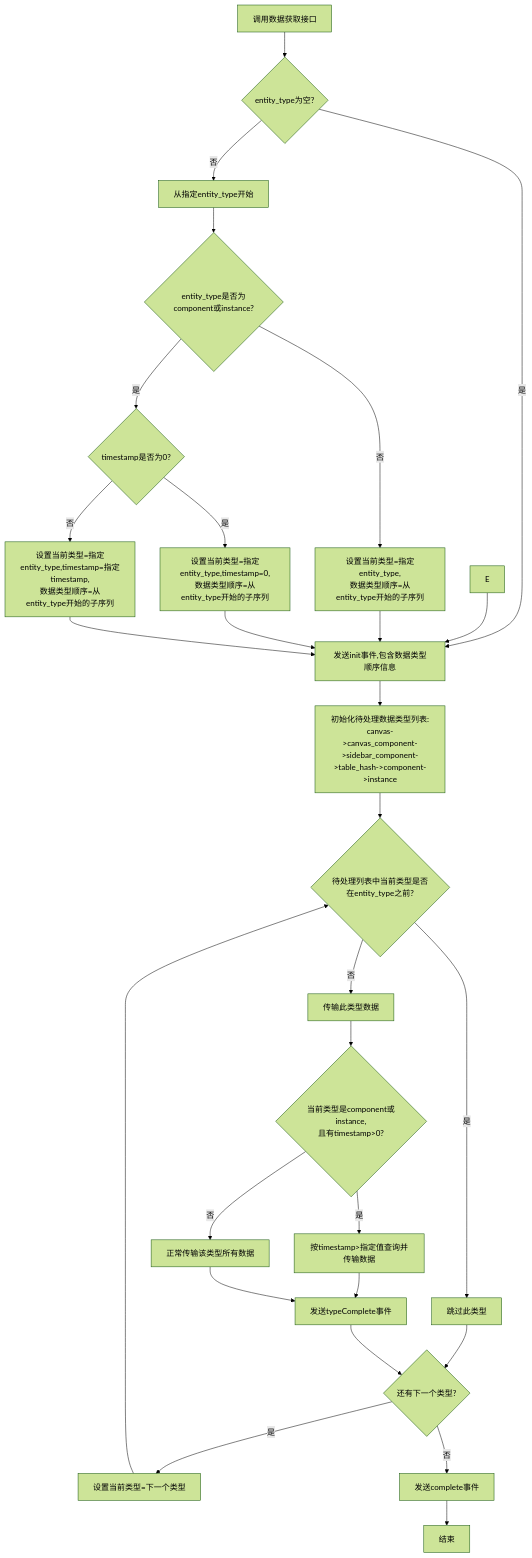
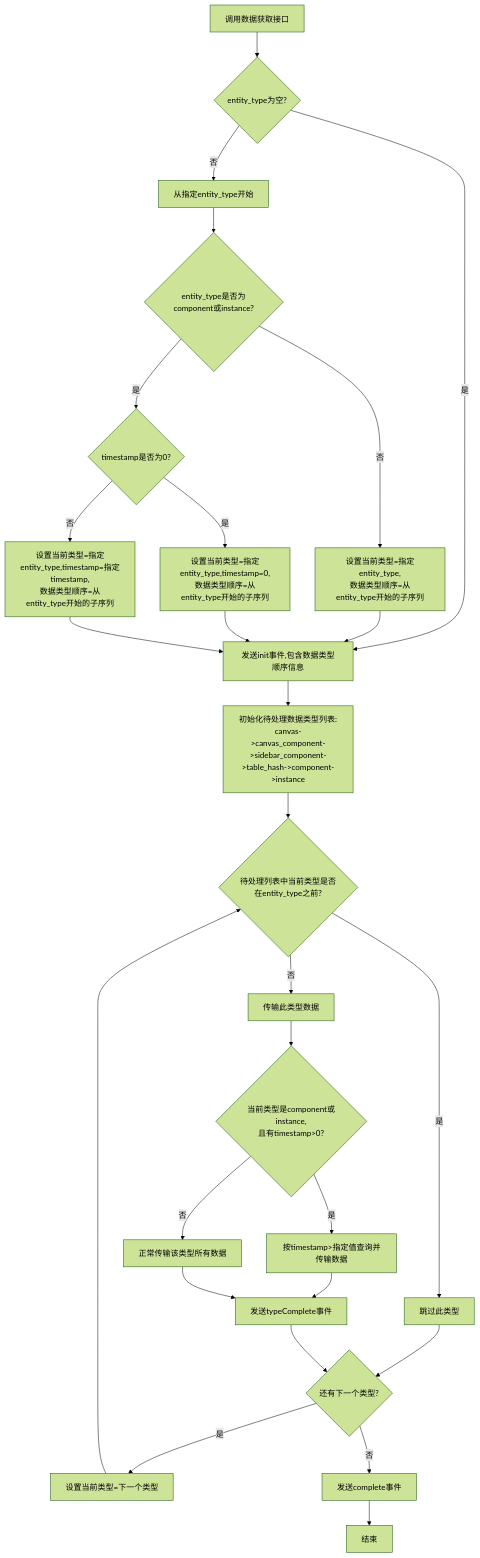
One commit to yingjianzh/iodraw-files changed the diagram in all/未命名-59.md. Above: the diagram before and after it, drawn with Mermaid (forest theme).

Commit message:
2025-05-14 15:39:34 update

````diff
--- a/all/未命名-59.md
+++ b/all/未命名-59.md
@@ -1,41 +1,40 @@
 ```mermaid
 flowchart TD
     A[调用数据获取接口] --> B{entity_type为空?}
 
-    B -->|是| K
+    B -->|是| K[发送init事件,包含数据类型顺序信息]
     B -->|否| D[从指定entity_type开始]
     
     D --> F{entity_type是否为component或instance?}
     
     F -->|否| G[设置当前类型=指定entity_type,\n数据类型顺序=从entity_type开始的子序列]
     F -->|是| H{timestamp是否为0?}
     
     H -->|是| I[设置当前类型=指定entity_type,timestamp=0,\n数据类型顺序=从entity_type开始的子序列]
     H -->|否| J[设置当前类型=指定entity_type,timestamp=指定timestamp,\n数据类型顺序=从entity_type开始的子序列]
     
-    E --> K[发送init事件,包含数据类型顺序信息]
     G --> K
     I --> K
     J --> K
     
     K --> L[初始化待处理数据类型列表:\ncanvas->canvas_component->sidebar_component->table_hash->component->instance]
     
     L --> M{待处理列表中当前类型是否在entity_type之前?}
     M -->|是| N[跳过此类型]
     M -->|否| O[传输此类型数据]
     
     O --> P{当前类型是component或instance,\n且有timestamp>0?}
     P -->|是| Q[按timestamp>指定值查询并传输数据]
     P -->|否| R[正常传输该类型所有数据]
     
     Q --> S[发送typeComplete事件]
     R --> S
     N --> T{还有下一个类型?}
     S --> T
     
     T -->|是| U[设置当前类型=下一个类型]
     T -->|否| V[发送complete事件]
     
     U --> M
     V --> W[结束]
 ```
````
